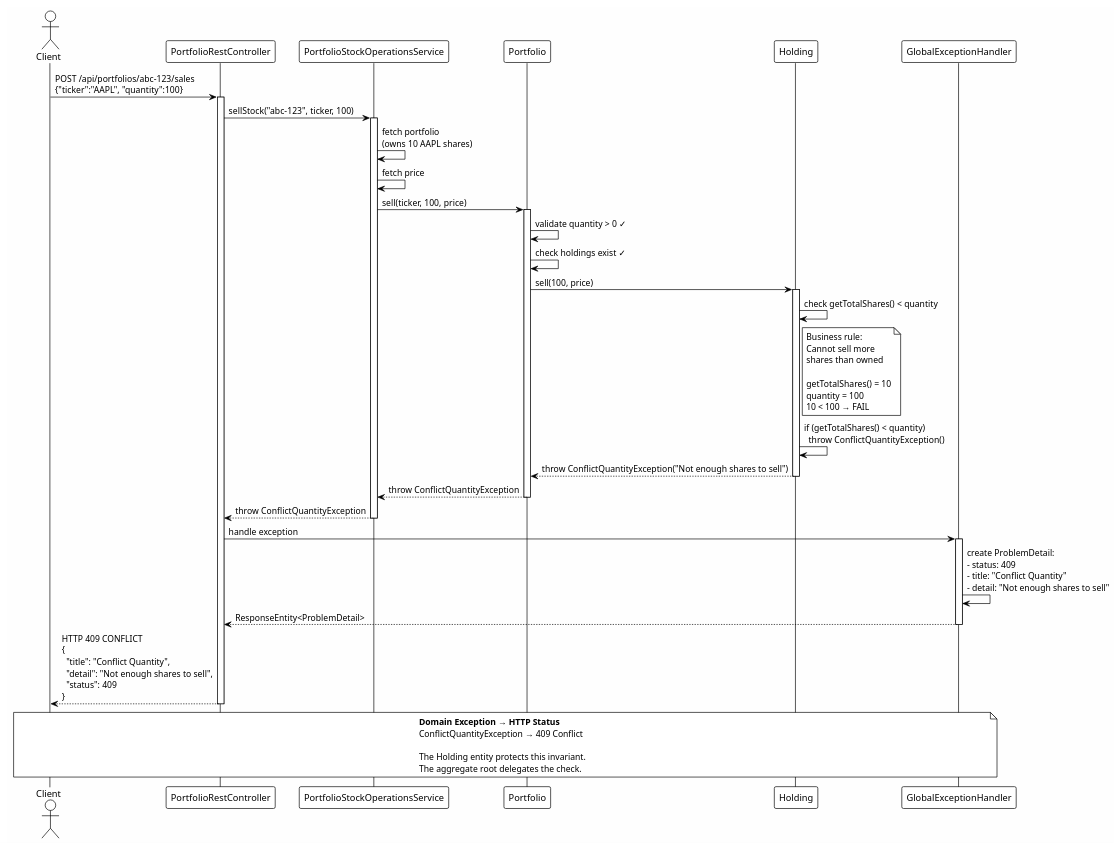
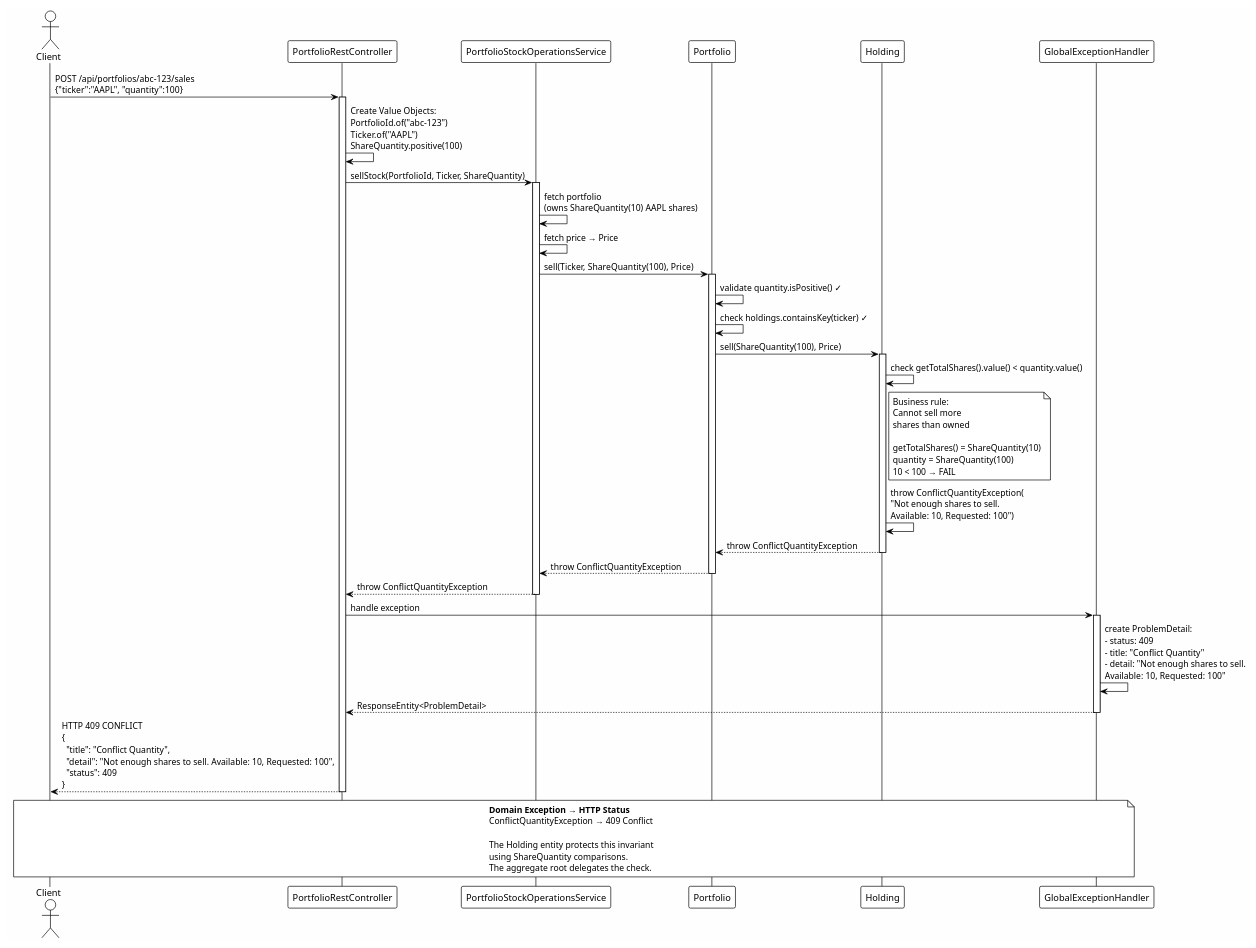
Before and after one commit to alfredorueda/HexaStock: the diagram in doc/tutorial/diagrams/sell-error-sell-more-than-owned.puml, drawn with PlantUML. The commit also changed 13 other files, not shown here.

Commit message:
feat: enhance docs by introducing value objects for IDs and monetary values

```diff
--- a/doc/tutorial/diagrams/sell-error-sell-more-than-owned.puml
+++ b/doc/tutorial/diagrams/sell-error-sell-more-than-owned.puml
@@ -1,71 +1,74 @@
 @startuml sell-error-sell-more-than-owned
 !theme plain
 skinparam backgroundColor #FEFEFE
 
 actor Client
 participant "PortfolioRestController" as Controller
 participant "PortfolioStockOperationsService" as Service
 participant "Portfolio" as Portfolio
 participant "Holding" as Holding
 participant "GlobalExceptionHandler" as Handler
 
 Client -> Controller: POST /api/portfolios/abc-123/sales\n{"ticker":"AAPL", "quantity":100}
 activate Controller
 
-Controller -> Service: sellStock("abc-123", ticker, 100)
+Controller -> Controller: Create Value Objects:\nPortfolioId.of("abc-123")\nTicker.of("AAPL")\nShareQuantity.positive(100)
+
+Controller -> Service: sellStock(PortfolioId, Ticker, ShareQuantity)
 activate Service
 
-Service -> Service: fetch portfolio\n(owns 10 AAPL shares)
-Service -> Service: fetch price
+Service -> Service: fetch portfolio\n(owns ShareQuantity(10) AAPL shares)
+Service -> Service: fetch price → Price
 
-Service -> Portfolio: sell(ticker, 100, price)
+Service -> Portfolio: sell(Ticker, ShareQuantity(100), Price)
 activate Portfolio
 
-Portfolio -> Portfolio: validate quantity > 0 ✓
-Portfolio -> Portfolio: check holdings exist ✓
+Portfolio -> Portfolio: validate quantity.isPositive() ✓
+Portfolio -> Portfolio: check holdings.containsKey(ticker) ✓
 
-Portfolio -> Holding: sell(100, price)
+Portfolio -> Holding: sell(ShareQuantity(100), Price)
 activate Holding
 
-Holding -> Holding: check getTotalShares() < quantity
+Holding -> Holding: check getTotalShares().value() < quantity.value()
 note right of Holding
   Business rule:
   Cannot sell more
   shares than owned
   
-  getTotalShares() = 10
-  quantity = 100
+  getTotalShares() = ShareQuantity(10)
+  quantity = ShareQuantity(100)
   10 < 100 → FAIL
 end note
 
-Holding -> Holding: if (getTotalShares() < quantity)\n  throw ConflictQuantityException()
+Holding -> Holding: throw ConflictQuantityException(\n"Not enough shares to sell.\nAvailable: 10, Requested: 100")
 
-Holding --> Portfolio: throw ConflictQuantityException("Not enough shares to sell")
+Holding --> Portfolio: throw ConflictQuantityException
 deactivate Holding
 
 Portfolio --> Service: throw ConflictQuantityException
 deactivate Portfolio
 
 Service --> Controller: throw ConflictQuantityException
 deactivate Service
 
 Controller -> Handler: handle exception
 activate Handler
 
-Handler -> Handler: create ProblemDetail:\n- status: 409\n- title: "Conflict Quantity"\n- detail: "Not enough shares to sell"
+Handler -> Handler: create ProblemDetail:\n- status: 409\n- title: "Conflict Quantity"\n- detail: "Not enough shares to sell.\nAvailable: 10, Requested: 100"
 
 Handler --> Controller: ResponseEntity<ProblemDetail>
 deactivate Handler
 
-Controller --> Client: HTTP 409 CONFLICT\n{\n  "title": "Conflict Quantity",\n  "detail": "Not enough shares to sell",\n  "status": 409\n}
+Controller --> Client: HTTP 409 CONFLICT\n{\n  "title": "Conflict Quantity",\n  "detail": "Not enough shares to sell. Available: 10, Requested: 100",\n  "status": 409\n}
 deactivate Controller
 
 note over Client, Handler
   **Domain Exception → HTTP Status**
   ConflictQuantityException → 409 Conflict
   
-  The Holding entity protects this invariant.
+  The Holding entity protects this invariant
+  using ShareQuantity comparisons.
   The aggregate root delegates the check.
 end note
 
 @enduml
```
